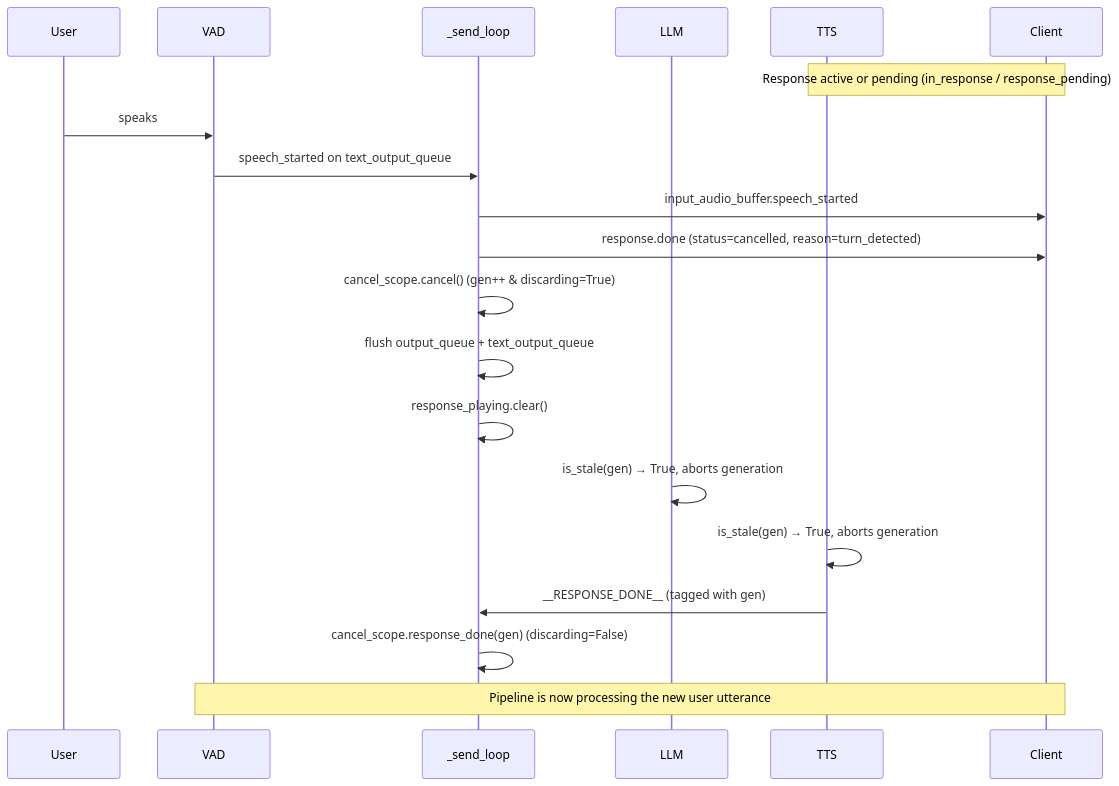
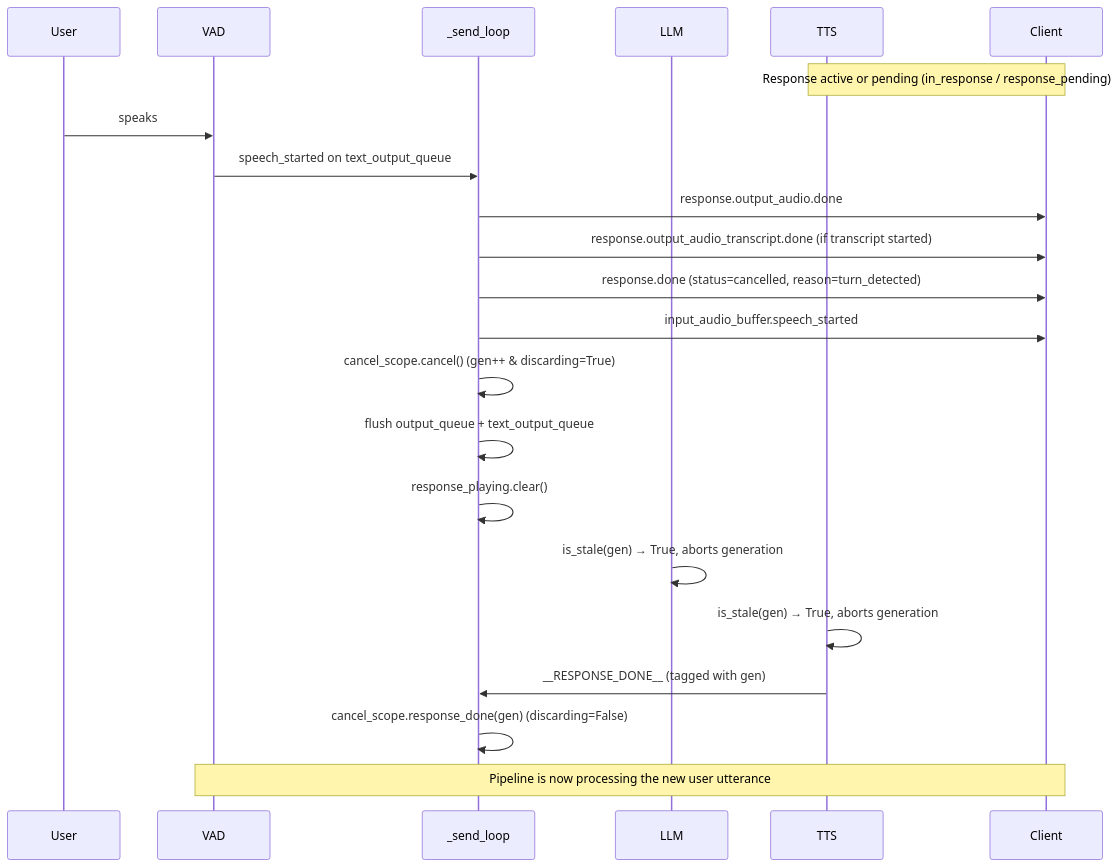
The second of 2 diagrams in src/speech_to_speech/api/openai_realtime/README.md (JavidAAA/Convert_Speech), drawn with Mermaid before and after one commit. The commit also changed other lines of this file and 6 other files, not shown here.

````diff
--- a/src/speech_to_speech/api/openai_realtime/README.md
+++ b/src/speech_to_speech/api/openai_realtime/README.md
@@ -173,23 +180,25 @@
 ```mermaid
 sequenceDiagram
     participant User
     participant VAD
     participant SendLoop as _send_loop
     participant LLM
     participant TTS
     participant Client
 
     Note over TTS,Client: Response active or pending (in_response / response_pending)
     User->>VAD: speaks
     VAD->>SendLoop: speech_started on text_output_queue
+    SendLoop->>Client: response.output_audio.done
+    SendLoop->>Client: response.output_audio_transcript.done (if transcript started)
+    SendLoop->>Client: response.done (status=cancelled, reason=turn_detected)
     SendLoop->>Client: input_audio_buffer.speech_started
-    SendLoop->>Client: response.done (status=cancelled, reason=turn_detected)
     SendLoop->>SendLoop: cancel_scope.cancel() (gen++ & discarding=True)
     SendLoop->>SendLoop: flush output_queue + text_output_queue
     SendLoop->>SendLoop: response_playing.clear()
     LLM->>LLM: is_stale(gen) → True, aborts generation
     TTS->>TTS: is_stale(gen) → True, aborts generation
     TTS->>SendLoop: __RESPONSE_DONE__ (tagged with gen)
     SendLoop->>SendLoop: cancel_scope.response_done(gen) (discarding=False)
     Note over VAD,Client: Pipeline is now processing the new user utterance
 ```
````
